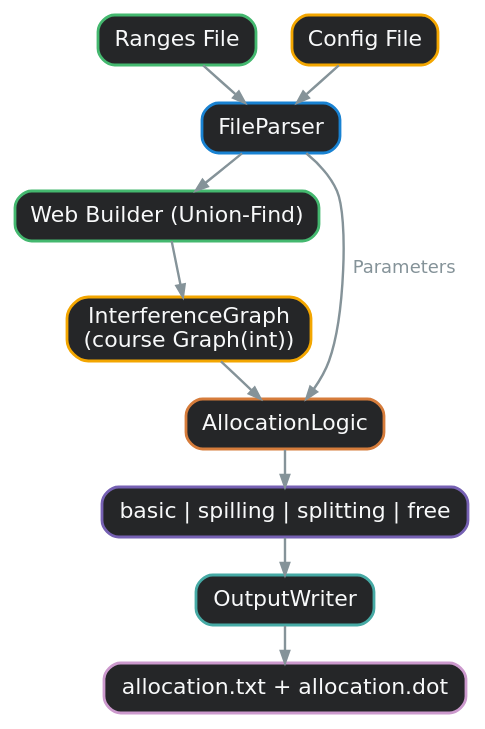
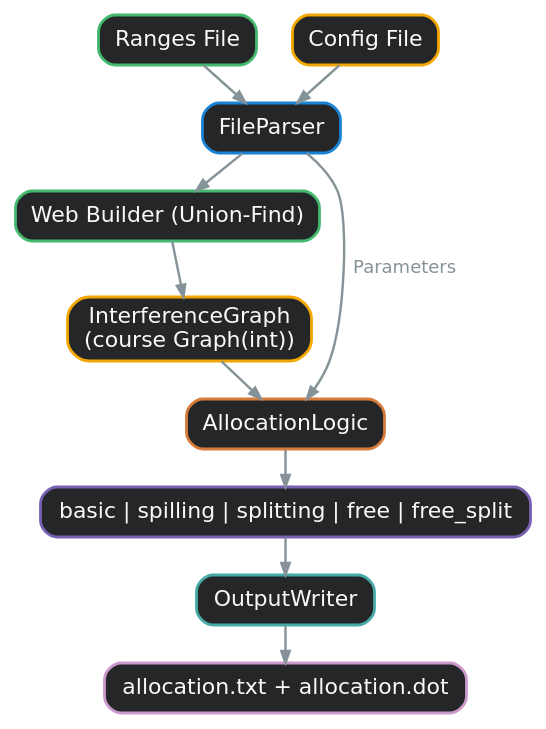
One commit to AlexDTT/CompilerRegisterAllocationProject changed the diagram in dox/annotated_architecture.dot. Above: the diagram before and after it, drawn with Graphviz. The commit also changed 71 other files, not shown here.

```diff
--- a/dox/annotated_architecture.dot
+++ b/dox/annotated_architecture.dot
@@ -1,35 +1,35 @@
 digraph compiler_register_allocation_pipeline {
     rankdir=TB;
     ranksep=0.25;
     nodesep=0.25;
     bgcolor="transparent";
     node [shape=box, style="rounded,filled", color="#859399", fillcolor="#252628", fontname="DejaVu Sans", fontcolor="#f8f9fa", fontsize=11, penwidth=1.4, height=0.35, width=0];
     edge [color="#859399", fontname="DejaVu Sans", fontcolor="#859399", fontsize=9, penwidth=1.2, arrowsize=0.6];
 
     { rank=same; ranges; config; }
     ranges [label="Ranges File", color="#44b86f"];
     config [label="Config File", color="#f3a600"];
 
     ranges -> parser;
     config -> parser;
     parser [label="FileParser", color="#1982d2"];
 
     parser -> webs;
     webs [label="Web Builder (Union-Find)", color="#44b86f"];
 
     webs -> igraph;
     igraph [label="InterferenceGraph\n(course Graph(int))", color="#f3a600"];
 
     igraph -> alloc;
     parser -> alloc [label="  Parameters  "];
     alloc [label="AllocationLogic", color="#d67c3b"];
 
     alloc -> modes;
-    modes [label="basic | spilling | splitting | free", color="#7661b3"];
+    modes [label="basic | spilling | splitting | free | free_split", color="#7661b3"];
 
     modes -> writer;
     writer [label="OutputWriter", color="#46aaa5"];
 
     writer -> output;
     output [label="allocation.txt + allocation.dot", color="#cc99cd"];
 }
```
